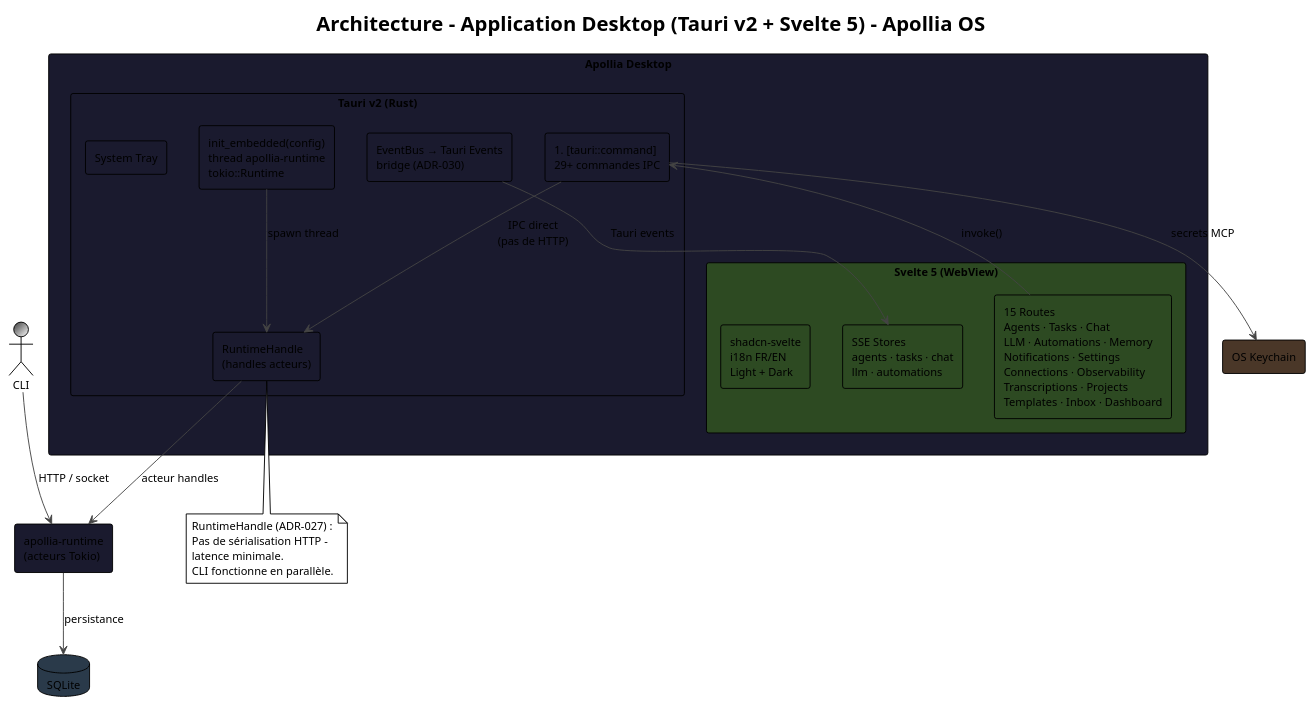
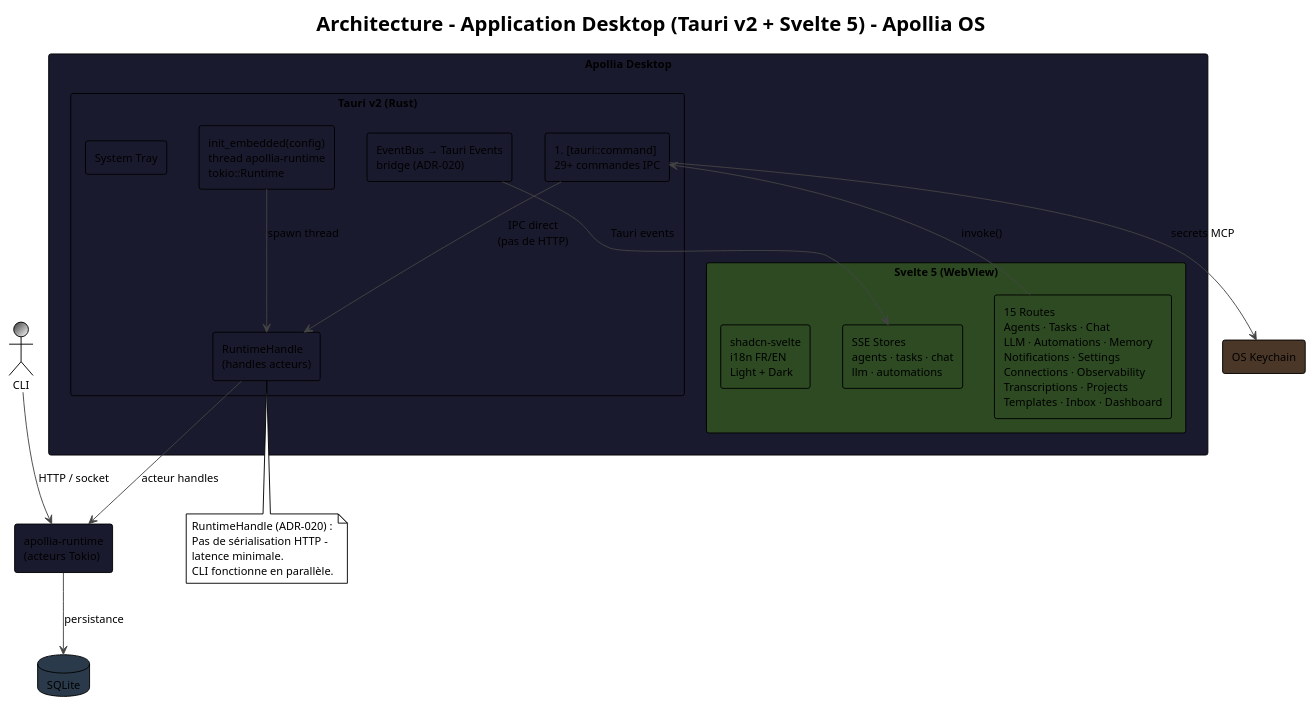
One commit to nidal-z/apollia-os changed the diagram in docs/diagrams/component-desktop-architecture.puml. Above: the diagram before and after it, drawn with PlantUML. The commit also changed 266 other files, not shown here.

```diff
--- a/docs/diagrams/component-desktop-architecture.puml
+++ b/docs/diagrams/component-desktop-architecture.puml
@@ -1,49 +1,49 @@
 @startuml component-desktop-architecture
 !theme plain
 skinparam backgroundColor #FFFFFF
 skinparam defaultFontName "JetBrains Mono"
 skinparam defaultFontSize 12
 skinparam ArrowColor #444444
 skinparam BorderColor #444444
 
 title Architecture - Application Desktop (Tauri v2 + Svelte 5) - Apollia OS
 
 rectangle "Apollia Desktop" as app #1a1a2e {
 
   rectangle "Tauri v2 (Rust)" as tauri #1a1a2e {
     rectangle "init_embedded(config)\nthread apollia-runtime\ntokio::Runtime" as init #1a1a2e
     rectangle "RuntimeHandle\n(handles acteurs)" as handle #1a1a2e
     rectangle "#[tauri::command]\n29+ commandes IPC" as commands #1a1a2e
-    rectangle "EventBus → Tauri Events\nbridge (ADR-030)" as bridge #1a1a2e
+    rectangle "EventBus → Tauri Events\nbridge (ADR-020)" as bridge #1a1a2e
     rectangle "System Tray" as tray #1a1a2e
   }
 
   rectangle "Svelte 5 (WebView)" as svelte #2d4a22 {
     rectangle "15 Routes\nAgents · Tasks · Chat\nLLM · Automations · Memory\nNotifications · Settings\nConnections · Observability\nTranscriptions · Projects\nTemplates · Inbox · Dashboard" as routes #2d4a22
     rectangle "SSE Stores\nagents · tasks · chat\nllm · automations" as stores #2d4a22
     rectangle "shadcn-svelte\ni18n FR/EN\nLight + Dark" as design #2d4a22
   }
 }
 
 rectangle "apollia-runtime\n(acteurs Tokio)" as runtime #1a1a2e
 database "SQLite" as db #2a3a4a
 rectangle "OS Keychain" as keychain #4a3728
 actor "CLI" as cli #3a3a3a/white
 
 init --> handle : spawn thread
 handle --> runtime : acteur handles
 commands --> handle : IPC direct\n(pas de HTTP)
 bridge --> stores : Tauri events
 routes --> commands : invoke()
 runtime --> db : persistance
 commands --> keychain : secrets MCP
 cli --> runtime : HTTP / socket
 
 note bottom of handle
-  RuntimeHandle (ADR-027) :
+  RuntimeHandle (ADR-020) :
   Pas de sérialisation HTTP -
   latence minimale.
   CLI fonctionne en parallèle.
 end note
 
 @enduml
```
